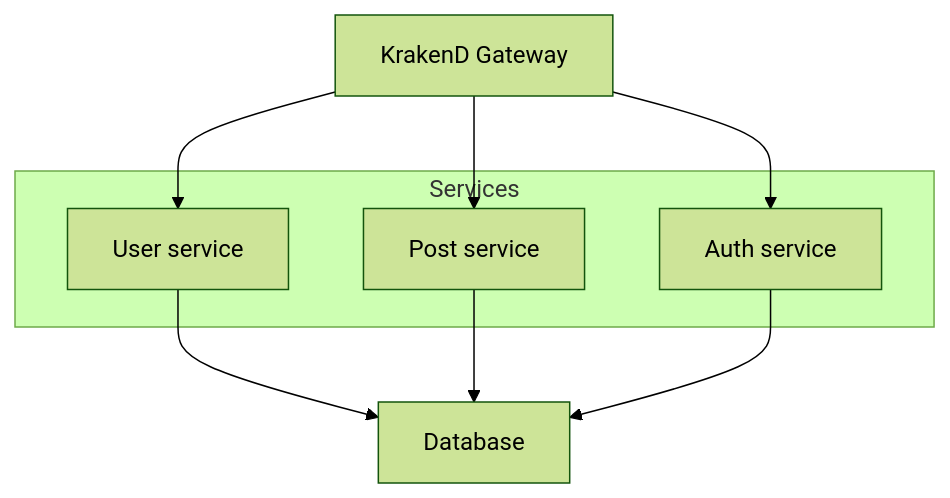
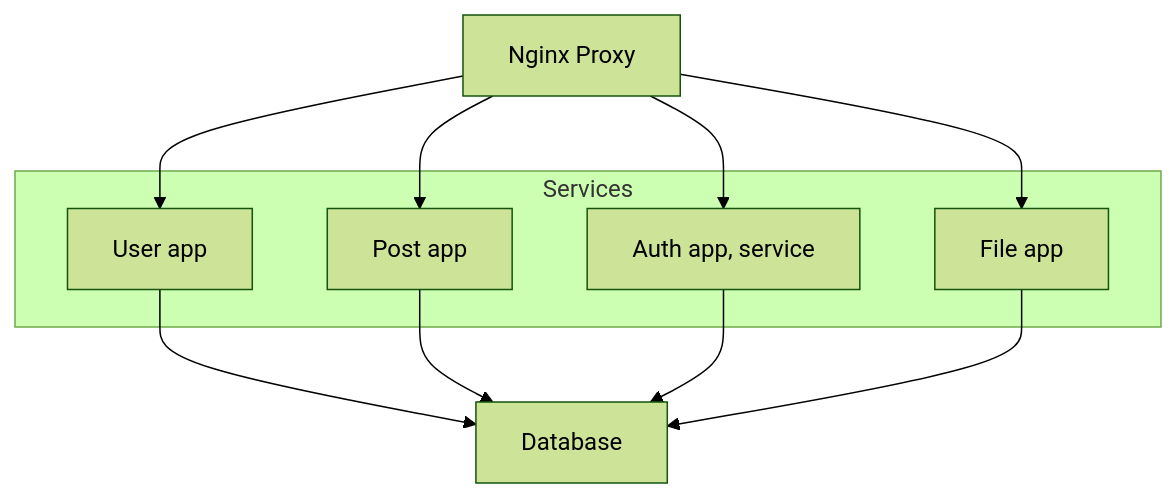
Before and after one commit to georgiirocket/nestjs-monorepo-krakend: the diagram in README.md, drawn with Mermaid (forest theme). The commit also changed other lines of this file and 1 other file, not shown here.

````diff
--- a/README.md
+++ b/README.md
@@ -68,18 +71,22 @@
 ```mermaid
   flowchart TD
-    G[KrakenD Gateway]
+    G[Nginx Proxy]
     D[Database]
 
     subgraph Services
-        s1[User service]
-        s2[Post service]
-        s3[Auth service]
+        s1[User app]
+        s2[Post app]
+        s2[Post app]
+        s3[Auth app, service]
+        s4[File app]
     end
 
     G --> s1
     G --> s3
     G --> s2
+    G --> s4
     s1 --> D
     s2 --> D
     s3 --> D
+    s4 --> D
 ```
````
